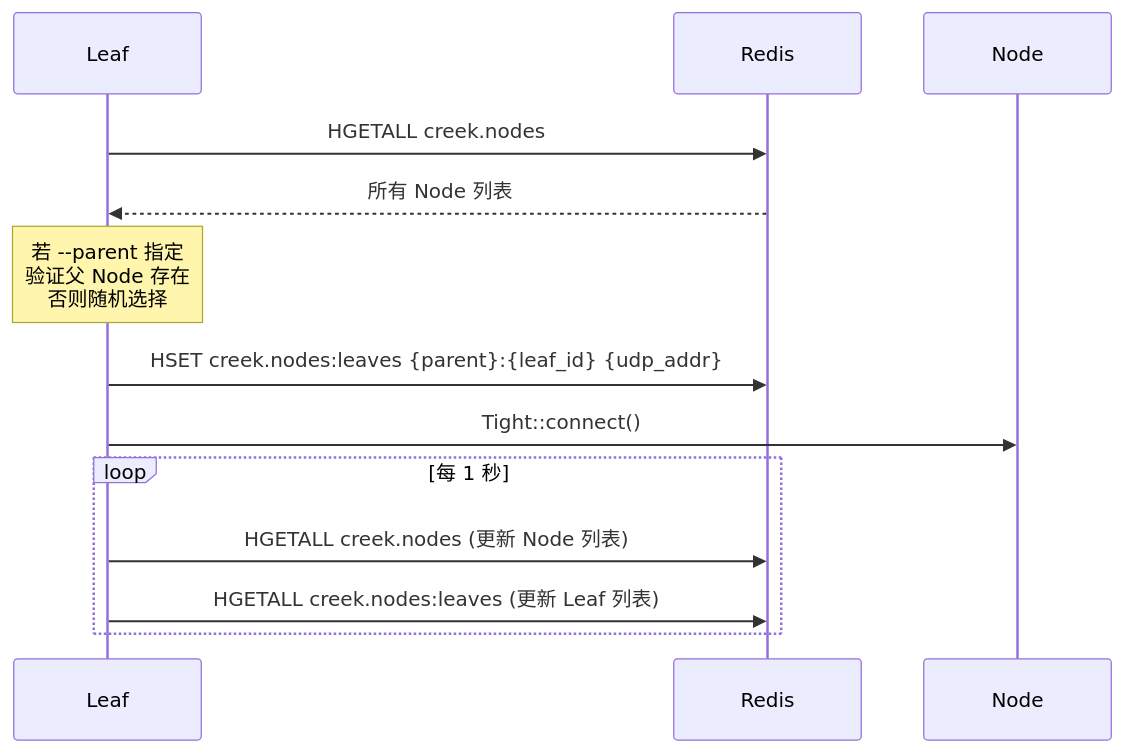
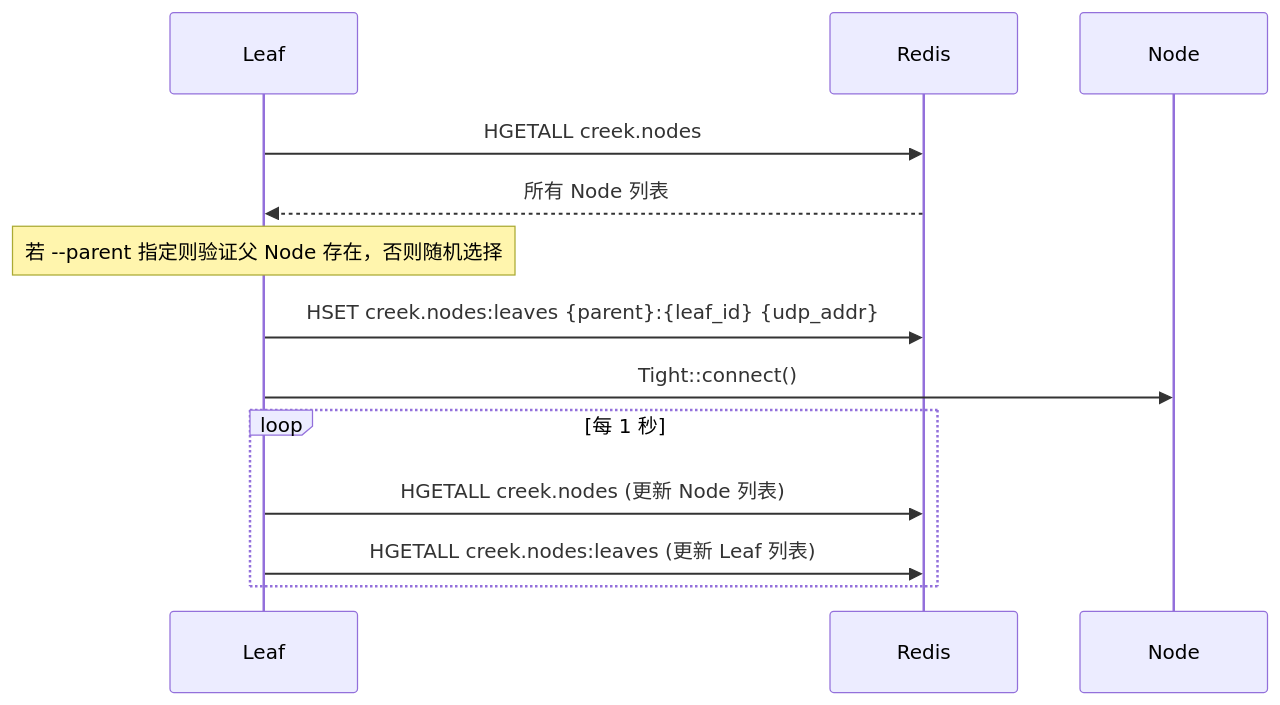
One commit to arrayforward/creek changed the second of 2 diagrams in docs/redis.md. Above: the diagram before and after it, drawn with Mermaid. The commit also changed other lines of this file and 2 other files, not shown here.

Commit message:
fix: remove mermaid br tags causing GitHub render failure
architecture.md: all 9 charts cleaned, br tags removed, subgraph blocks flattened
testing.md: port labels flattened to single line
redis.md: Note over lines use single line

````diff
--- a/docs/redis.md
+++ b/docs/redis.md
@@ -119,17 +119,17 @@
 ```mermaid
 sequenceDiagram
     participant L as Leaf
     participant R as Redis
     participant N as Node
 
     L->>R: HGETALL creek.nodes
     R-->>L: 所有 Node 列表
-    Note over L: 若 --parent 指定<br/>验证父 Node 存在<br/>否则随机选择
+    Note over L: 若 --parent 指定则验证父 Node 存在，否则随机选择
     L->>R: HSET creek.nodes:leaves {parent}:{leaf_id} {udp_addr}
     L->>N: Tight::connect()
 
     loop 每 1 秒
         L->>R: HGETALL creek.nodes (更新 Node 列表)
         L->>R: HGETALL creek.nodes:leaves (更新 Leaf 列表)
     end
 ```
````
